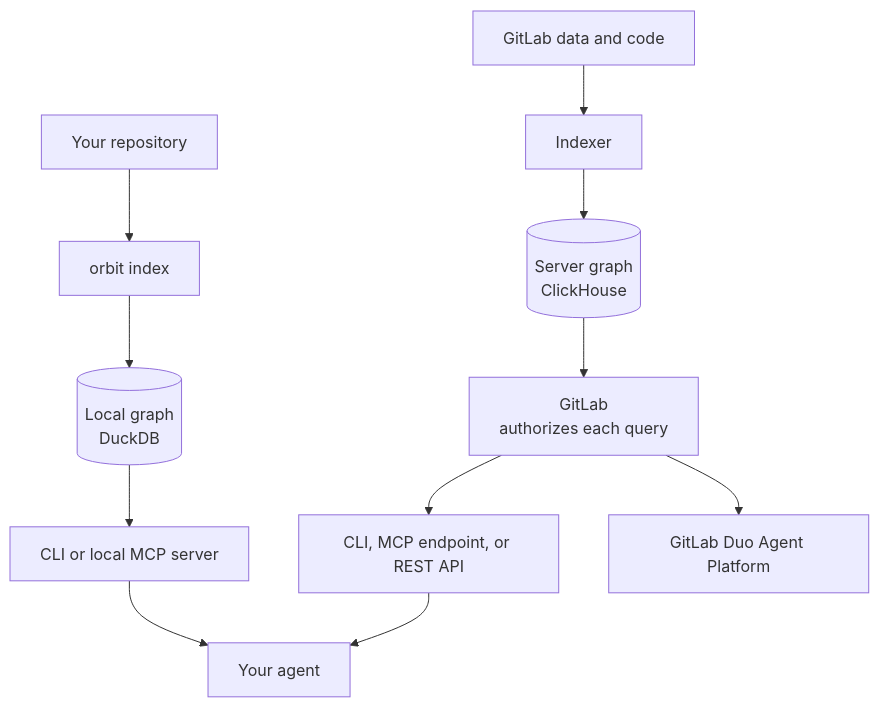
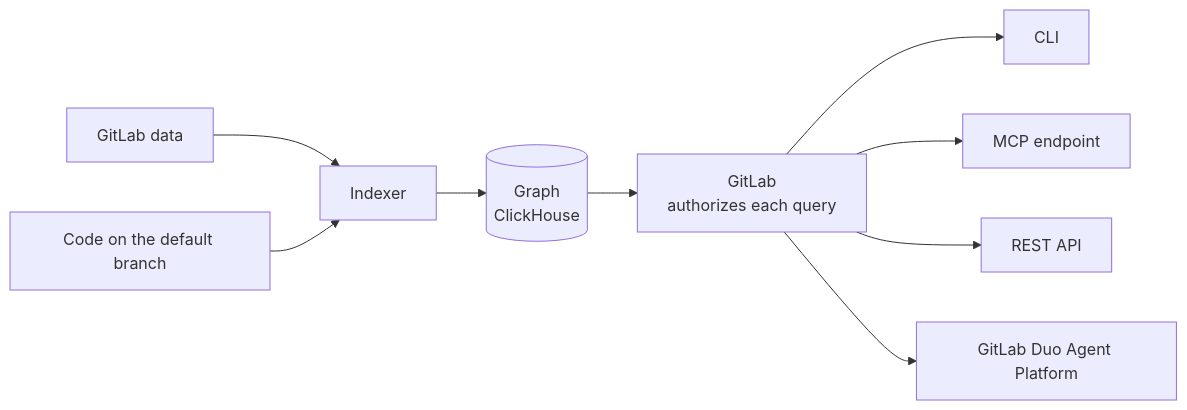
One commit to gitlabhq/orbit-knowledge-graph changed the diagram in docs/source/v2/how-it-works.md. Above: the diagram before and after it, drawn with Mermaid. The commit also changed other lines of this file and 27 other files, not shown here.

````diff
--- a/docs/source/v2/how-it-works.md
+++ b/docs/source/v2/how-it-works.md
@@ -41,15 +32,13 @@
 ```mermaid
-flowchart TB
-  accTitle: The two GitLab Orbit graph stores
-  accDescr: orbit index reads your repository into the local graph in DuckDB. The CLI and the local MCP server give the local graph to your agent. The indexer reads GitLab data and code into the server graph in ClickHouse. GitLab authorizes each server query. The CLI, the MCP endpoint, and the REST API give the server graph to your agent. GitLab Duo Agent Platform also queries the server graph.
-  repo[Your repository] --> index[orbit index]
-  index --> local[(Local graph<br/>DuckDB)]
-  local --> localaccess[CLI or local MCP server]
-  localaccess --> agent[Your agent]
-  data[GitLab data and code] --> indexer[Indexer]
-  indexer --> server[(Server graph<br/>ClickHouse)]
-  server --> gitlab[GitLab<br/>authorizes each query]
-  gitlab --> serveraccess[CLI, MCP endpoint, or REST API]
-  serveraccess --> agent
+flowchart LR
+  accTitle: How GitLab Orbit builds and serves the graph
+  accDescr: The indexer reads GitLab data and the code on the default branch of each project, and writes the graph to ClickHouse. GitLab authorizes each query and serves the graph to the CLI, the MCP endpoint, the REST API, and GitLab Duo Agent Platform.
+  data[GitLab data] --> indexer[Indexer]
+  code[Code on the default branch] --> indexer
+  indexer --> store[(Graph<br/>ClickHouse)]
+  store --> gitlab[GitLab<br/>authorizes each query]
+  gitlab --> cli[CLI]
+  gitlab --> mcp[MCP endpoint]
+  gitlab --> api[REST API]
   gitlab --> duo[GitLab Duo Agent Platform]
 ```
````
